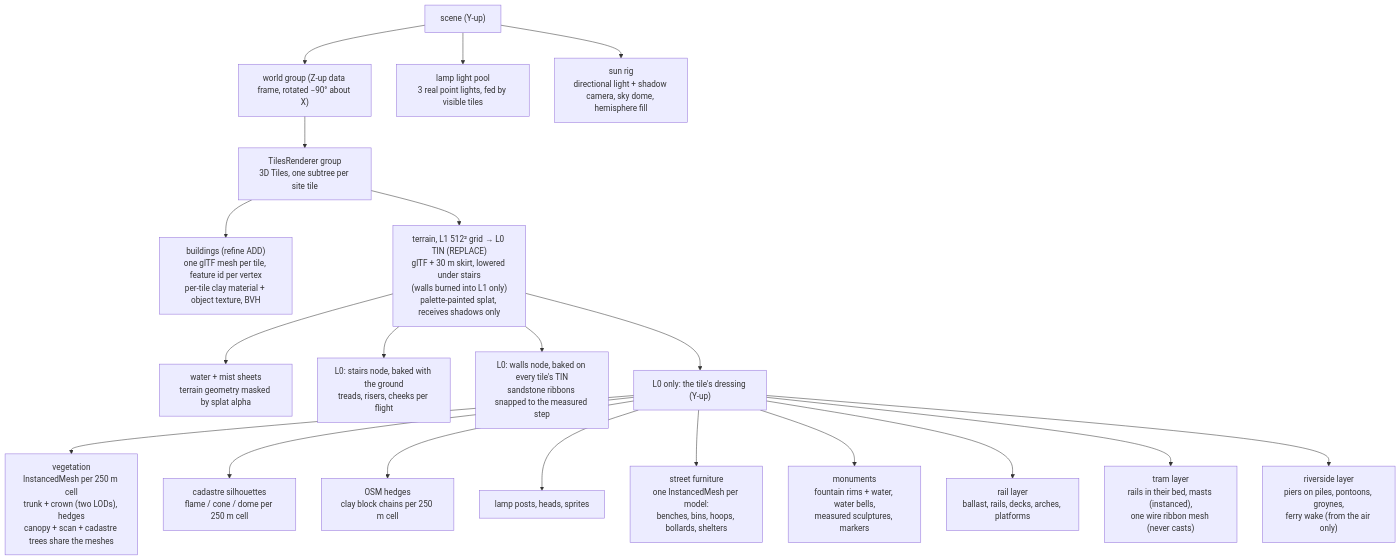
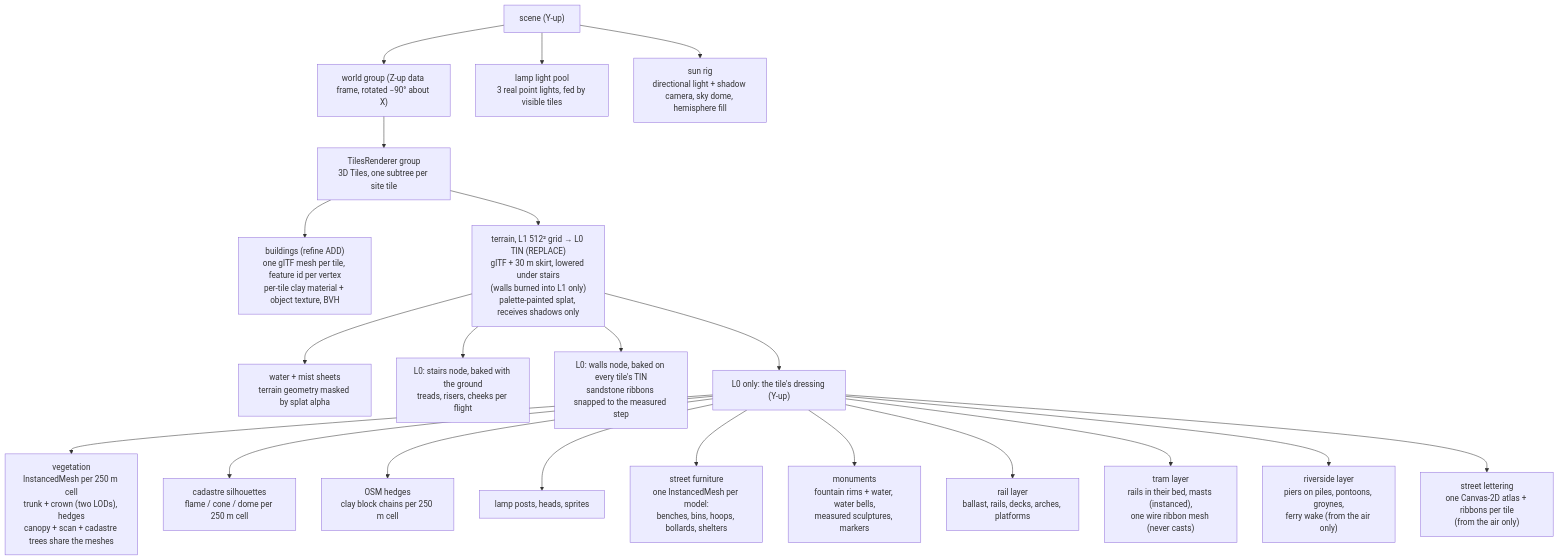
The first of 2 diagrams in docs/rendering.md (mdugue/bridge), drawn with Mermaid before and after one commit. The commit also changed other lines of this file and 41 other files, not shown here.

First line of the commit message:
feat(names): street lettering from the air and a street caption on foot

````diff
--- a/docs/rendering.md
+++ b/docs/rendering.md
@@ -25,25 +25,26 @@
 ```mermaid
 flowchart TB
   SCENE["scene (Y-up)"]
   WORLD["world group (Z-up data frame, rotated −90° about X)"]
   TILES["TilesRenderer group<br/>3D Tiles, one subtree per site tile"]
   SCENE --> WORLD
   WORLD --> TILES
   TILES --> CITY["buildings (refine ADD)<br/>one glTF mesh per tile, feature id per vertex<br/>per-tile clay material + object texture, BVH"]
   TILES --> TER["terrain, L1 512² grid → L0 TIN (REPLACE)<br/>glTF + 30 m skirt, lowered under stairs<br/>(walls burned into L1 only)<br/>palette-painted splat, receives shadows only"]
   TER --> WAT["water + mist sheets<br/>terrain geometry masked by splat alpha"]
   TER --> STAIR["L0: stairs node, baked with the ground<br/>treads, risers, cheeks per flight"]
   TER --> WALL["L0: walls node, baked on every tile's TIN<br/>sandstone ribbons snapped to the measured step"]
   TER --> DRESS["L0 only: the tile's dressing (Y-up)"]
   DRESS --> VEG["vegetation<br/>InstancedMesh per 250 m cell<br/>trunk + crown (two LODs), hedges<br/>canopy + scan + cadastre trees share the meshes"]
   DRESS --> INV["cadastre silhouettes<br/>flame / cone / dome per 250 m cell"]
   DRESS --> LOW["OSM hedges<br/>clay block chains per 250 m cell"]
   DRESS --> LAMP["lamp posts, heads, sprites"]
   DRESS --> FURN["street furniture<br/>one InstancedMesh per model:<br/>benches, bins, hoops, bollards, shelters"]
   DRESS --> MON["monuments<br/>fountain rims + water, water bells,<br/>measured sculptures, markers"]
   DRESS --> RAIL["rail layer<br/>ballast, rails, decks, arches, platforms"]
   DRESS --> TRAM["tram layer<br/>rails in their bed, masts (instanced),<br/>one wire ribbon mesh (never casts)"]
   DRESS --> RIV["riverside layer<br/>piers on piles, pontoons, groynes,<br/>ferry wake (from the air only)"]
+  DRESS --> NAMES["street lettering<br/>one Canvas-2D atlas + ribbons per tile<br/>(from the air only)"]
   SCENE --> LIGHTS["lamp light pool<br/>3 real point lights, fed by visible tiles"]
   SCENE --> SUN["sun rig<br/>directional light + shadow camera, sky dome, hemisphere fill"]
 ```
````
